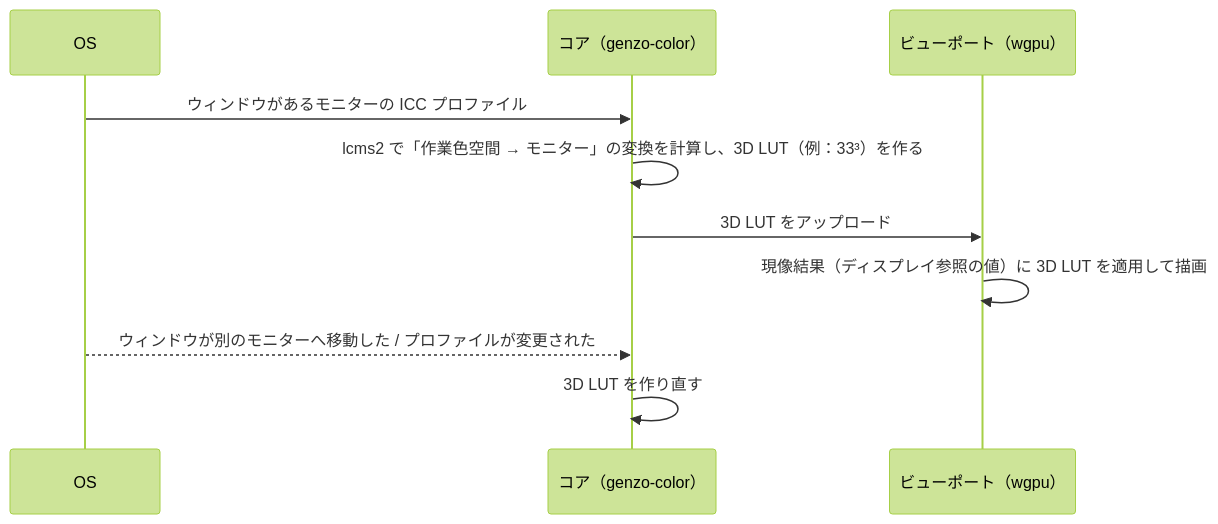
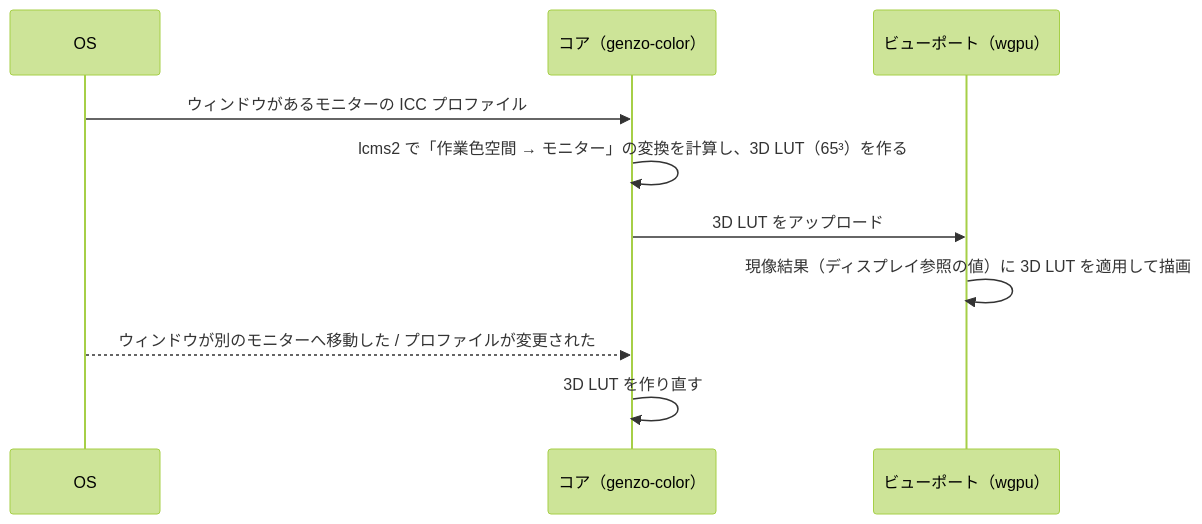
The fifth of 7 diagrams in docs/04_architecture.md (tokamocchi/GenzoParis), drawn with Mermaid (forest theme) before and after one commit. The commit also changed other lines of this file and 12 other files, not shown here.

````diff
--- a/docs/04_architecture.md
+++ b/docs/04_architecture.md
@@ -610,12 +674,12 @@
 ```mermaid
 sequenceDiagram
   participant OS
   participant CORE as コア（genzo-color）
   participant GPU as ビューポート（wgpu）
   OS->>CORE: ウィンドウがあるモニターの ICC プロファイル
-  CORE->>CORE: lcms2 で「作業色空間 → モニター」の変換を計算し、3D LUT（例：33³）を作る
+  CORE->>CORE: lcms2 で「作業色空間 → モニター」の変換を計算し、3D LUT（65³）を作る
   CORE->>GPU: 3D LUT をアップロード
   GPU->>GPU: 現像結果（ディスプレイ参照の値）に 3D LUT を適用して描画
   OS-->>CORE: ウィンドウが別のモニターへ移動した / プロファイルが変更された
   CORE->>CORE: 3D LUT を作り直す
 ```
````
